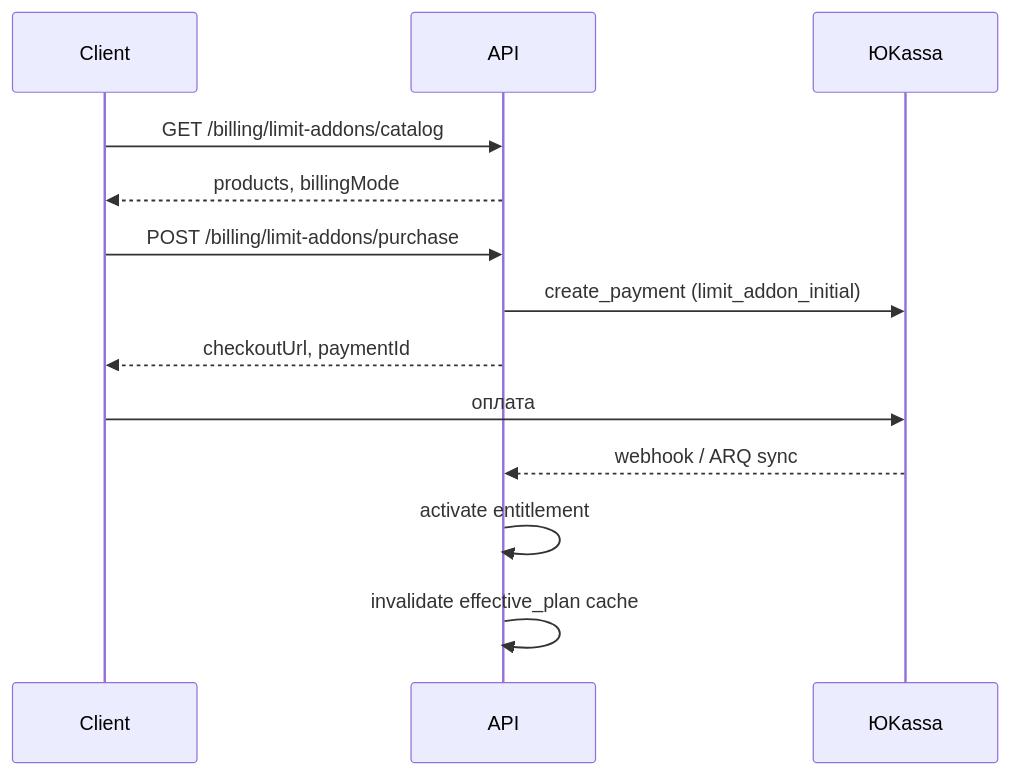
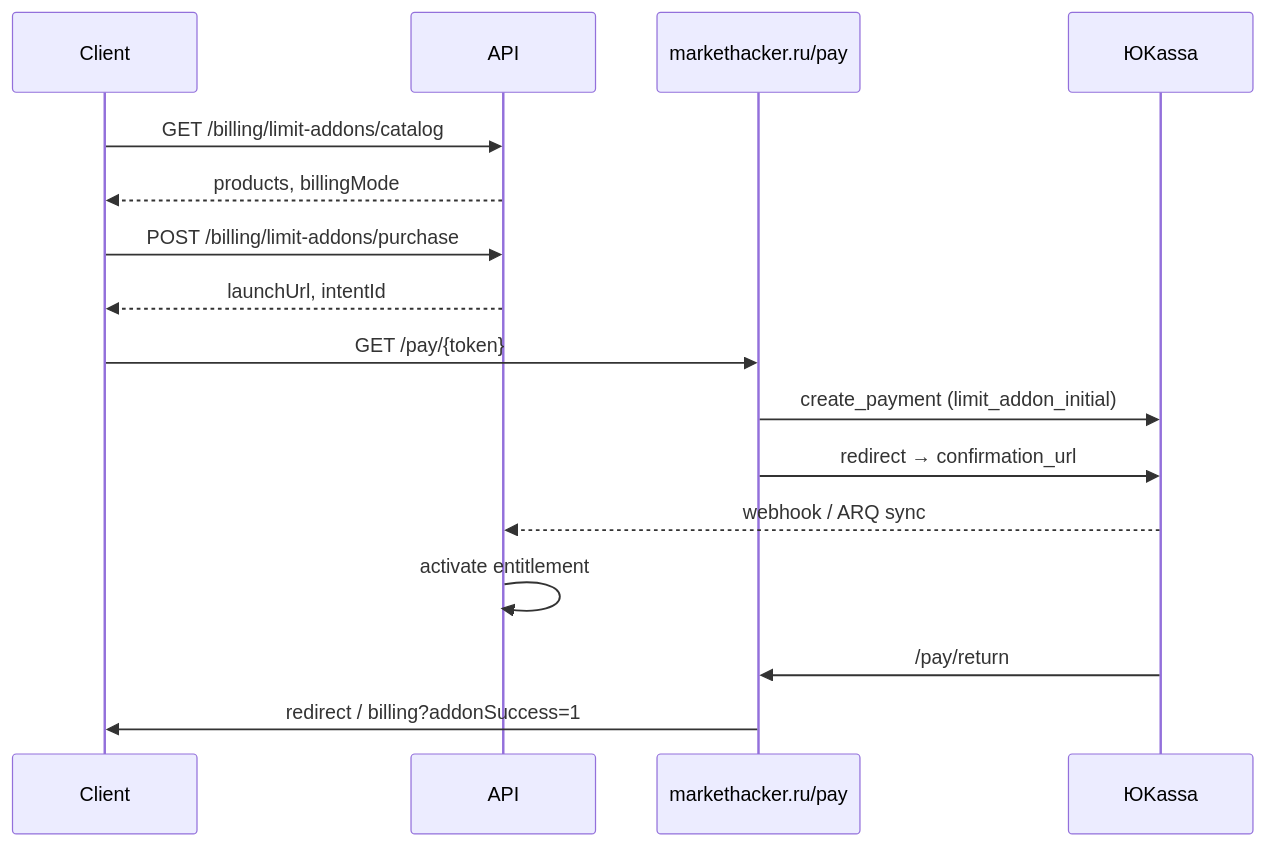
One commit to MarketHackerLabs/docs changed the second of 3 diagrams in architecture/billing.md. Above: the diagram before and after it, drawn with Mermaid. The commit also changed other lines of this file and 1 other file, not shown here.

First line of the commit message:
docs(billing): update subscription flow and API response structure for hosted checkout

````diff
--- a/architecture/billing.md
+++ b/architecture/billing.md
@@ -399,18 +437,21 @@
 ```mermaid
 sequenceDiagram
     participant Client
     participant API
+    participant Pay as markethacker.ru/pay
     participant YK as ЮKassa
 
     Client->>API: GET /billing/limit-addons/catalog
     API-->>Client: products, billingMode
 
     Client->>API: POST /billing/limit-addons/purchase
-    API->>YK: create_payment (limit_addon_initial)
-    API-->>Client: checkoutUrl, paymentId
+    API-->>Client: launchUrl, intentId
 
-    Client->>YK: оплата
+    Client->>Pay: GET /pay/{token}
+    Pay->>YK: create_payment (limit_addon_initial)
+    Pay->>YK: redirect → confirmation_url
     YK-->>API: webhook / ARQ sync
     API->>API: activate entitlement
-    API->>API: invalidate effective_plan cache
+    YK->>Pay: /pay/return
+    Pay->>Client: redirect / billing?addonSuccess=1
 ```
````
